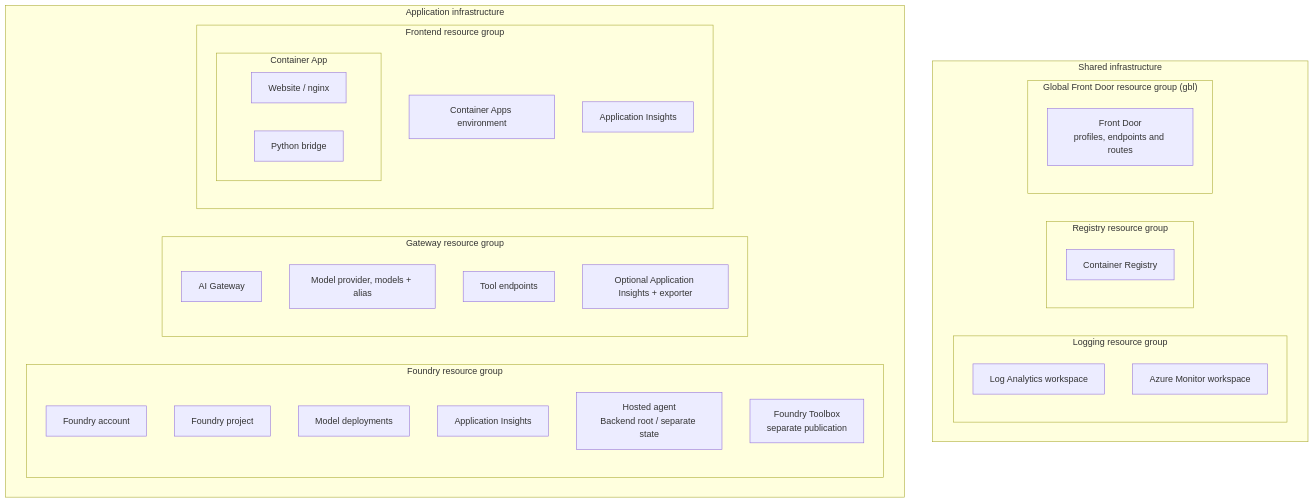
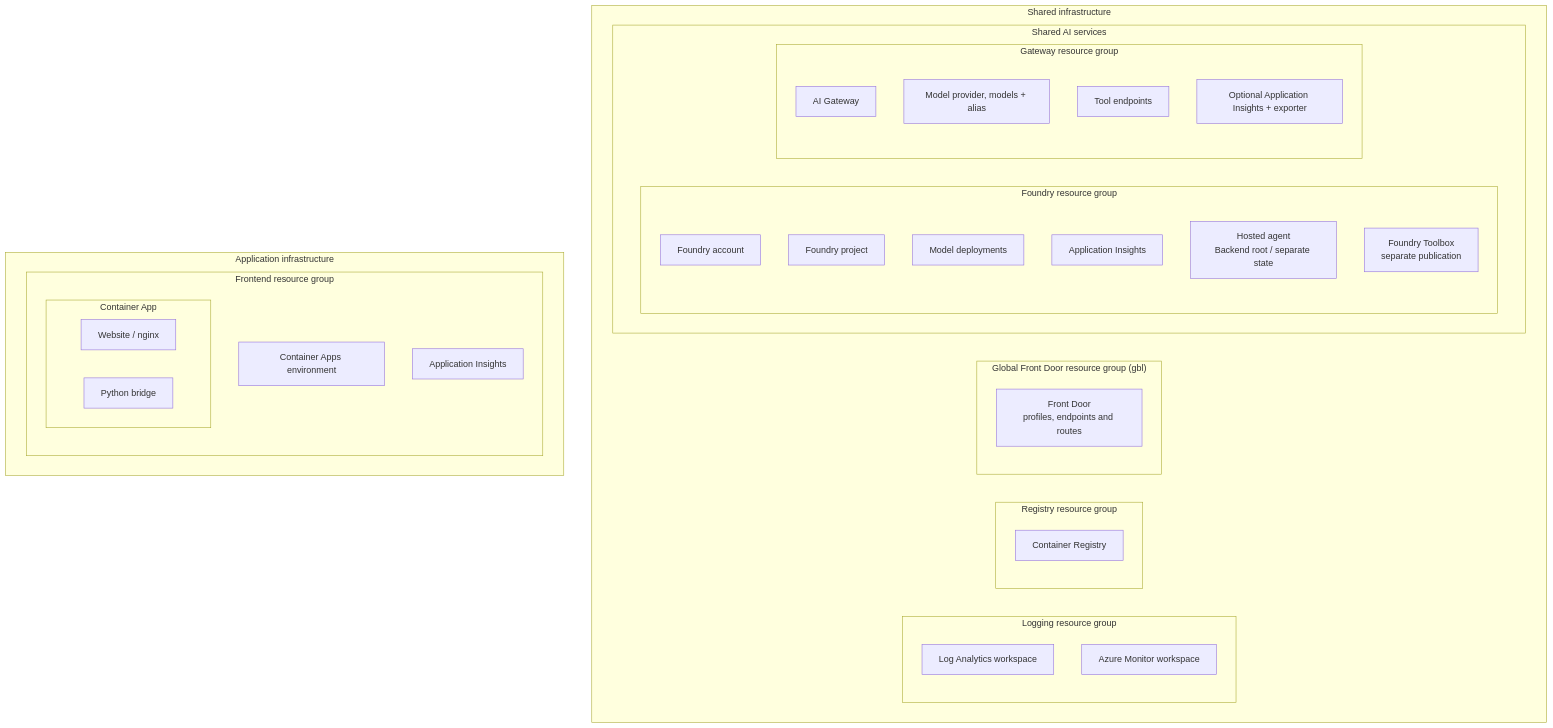
Before and after one commit to JFolberth/ski-school: the diagram in infra/README.md, drawn with Mermaid.

Commit message:
docs: group Foundry and Gateway as shared AI services

````diff
--- a/infra/README.md
+++ b/infra/README.md
@@ -27,47 +27,50 @@
 ```mermaid
 flowchart TB
   subgraph Shared["Shared infrastructure"]
     direction LR
     subgraph LogRG["Logging resource group"]
       direction TB
       LogAnalytics["Log Analytics workspace"]
       Monitor["Azure Monitor workspace"]
     end
     subgraph RegistryRG["Registry resource group"]
       Registry["Container Registry"]
     end
     subgraph GlobalRG["Global Front Door resource group (gbl)"]
       FrontDoor["Front Door<br/>profiles, endpoints and routes"]
     end
+    subgraph SharedAI["Shared AI services"]
+      direction LR
+      subgraph FoundryRG["Foundry resource group"]
+        direction TB
+        Account["Foundry account"]
+        Project["Foundry project"]
+        Models["Model deployments"]
+        Insights["Application Insights"]
+        Agent["Hosted agent<br/>Backend root / separate state"]
+        Toolbox["Foundry Toolbox<br/>separate publication"]
+      end
+      subgraph GatewayRG["Gateway resource group"]
+        direction TB
+        Gateway["AI Gateway"]
+        Routing["Model provider, models + alias"]
+        Tools["Tool endpoints"]
+        GatewayInsights["Optional Application Insights + exporter"]
+      end
+    end
   end
 
   subgraph Application["Application infrastructure"]
     direction LR
-    subgraph FoundryRG["Foundry resource group"]
-      direction TB
-      Account["Foundry account"]
-      Project["Foundry project"]
-      Models["Model deployments"]
-      Insights["Application Insights"]
-      Agent["Hosted agent<br/>Backend root / separate state"]
-      Toolbox["Foundry Toolbox<br/>separate publication"]
-    end
-    subgraph GatewayRG["Gateway resource group"]
-      direction TB
-      Gateway["AI Gateway"]
-      Routing["Model provider, models + alias"]
-      Tools["Tool endpoints"]
-      GatewayInsights["Optional Application Insights + exporter"]
-    end
     subgraph FrontendRG["Frontend resource group"]
       direction TB
       Environment["Container Apps environment"]
       subgraph FrontendApp["Container App"]
         direction LR
         Website["Website / nginx"]
         Bridge["Python bridge"]
       end
       FrontendInsights["Application Insights"]
     end
   end
 ```
````
